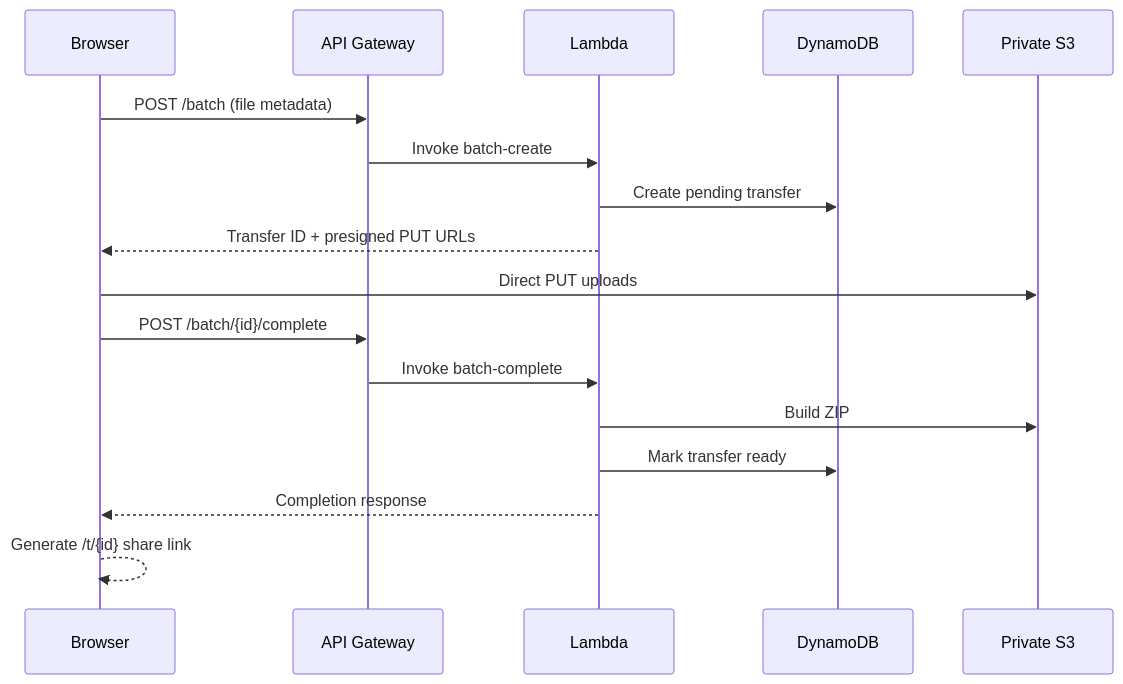
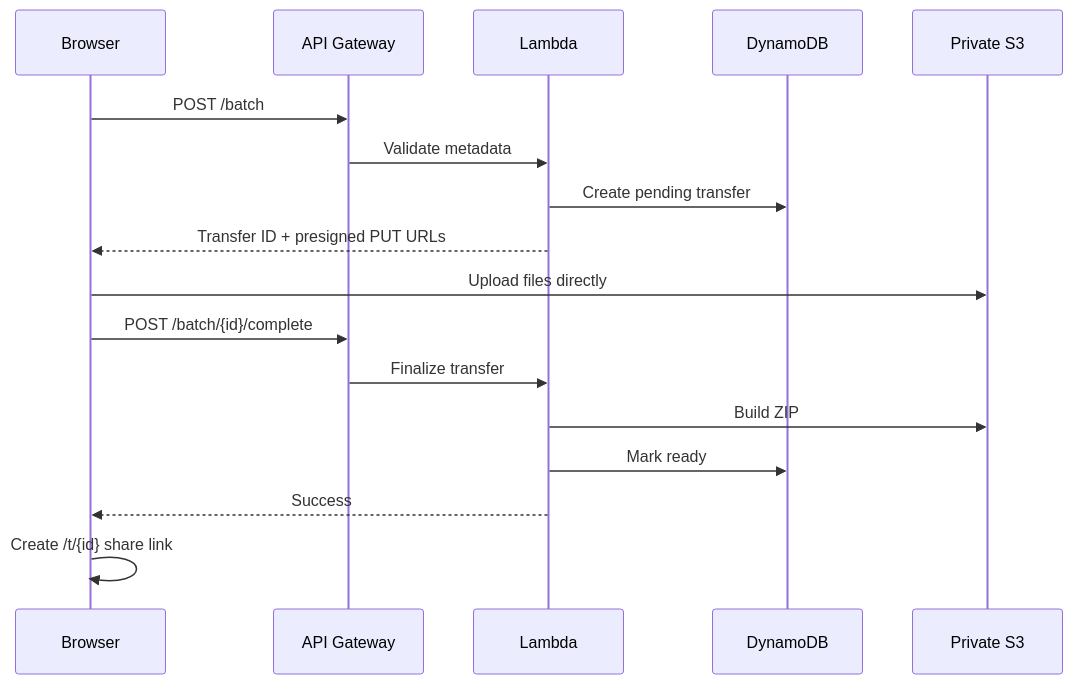
Before and after one commit to Ibad84671/cloud-drop: the second of 3 diagrams in README.md, drawn with Mermaid. The commit also changed other lines of this file, not shown here.

Commit message:
docs: finalize production-grade project README

````diff
--- a/README.md
+++ b/README.md
@@ -125,20 +121,20 @@
 ```mermaid
 sequenceDiagram
     participant B as Browser
     participant A as API Gateway
     participant L as Lambda
     participant D as DynamoDB
     participant S as Private S3
 
-    B->>A: POST /batch (file metadata)
-    A->>L: Invoke batch-create
+    B->>A: POST /batch
+    A->>L: Validate metadata
     L->>D: Create pending transfer
     L-->>B: Transfer ID + presigned PUT URLs
-    B->>S: Direct PUT uploads
+    B->>S: Upload files directly
     B->>A: POST /batch/{id}/complete
-    A->>L: Invoke batch-complete
+    A->>L: Finalize transfer
     L->>S: Build ZIP
-    L->>D: Mark transfer ready
-    L-->>B: Completion response
-    B-->>B: Generate /t/{id} share link
+    L->>D: Mark ready
+    L-->>B: Success
+    B->>B: Create /t/{id} share link
 ```
````
